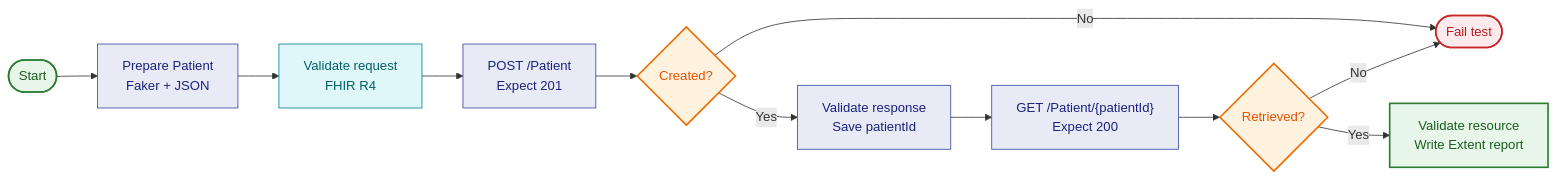
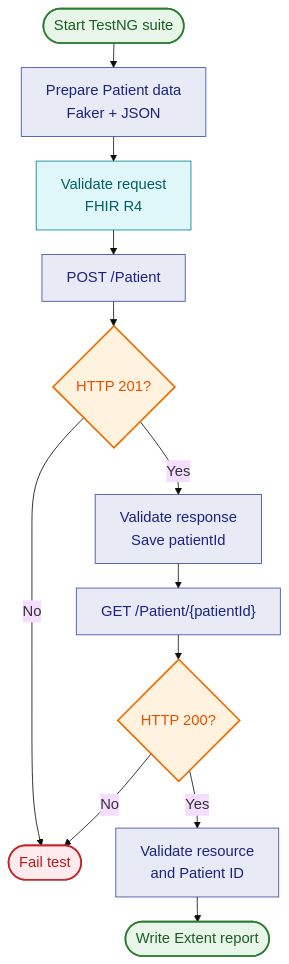
The diagram in README.md (Sameer-Programmer/2026_RestassuredWorkFlowDemo_FHIR), drawn with Mermaid before and after one commit.

Commit message:
docs: enlarge vertical workflow diagram

````diff
--- a/README.md
+++ b/README.md
@@ -75,26 +75,28 @@
 ```mermaid
-flowchart LR
-    A([Start]) --> B["Prepare Patient<br/>Faker + JSON"]
+%%{init: {"theme": "base", "themeVariables": {"fontSize": "18px"}, "flowchart": {"nodeSpacing": 24, "rankSpacing": 30}}}%%
+flowchart TD
+    A([Start TestNG suite]) --> B["Prepare Patient data<br/>Faker + JSON"]
     B --> C["Validate request<br/>FHIR R4"]
-    C --> D["POST /Patient<br/>Expect 201"]
-    D --> E{Created?}
+    C --> D["POST /Patient"]
+    D --> E{HTTP 201?}
     E -- No --> X([Fail test])
     E -- Yes --> F["Validate response<br/>Save patientId"]
-    F --> G["GET /Patient/{patientId}<br/>Expect 200"]
-    G --> H{Retrieved?}
+    F --> G["GET /Patient/{patientId}"]
+    G --> H{HTTP 200?}
     H -- No --> X
-    H -- Yes --> I["Validate resource<br/>Write Extent report"]
+    H -- Yes --> I["Validate resource<br/>and Patient ID"]
+    I --> J([Write Extent report])
 
     classDef start fill:#E8F5E9,stroke:#2E7D32,color:#1B5E20,stroke-width:2px;
     classDef action fill:#E8EAF6,stroke:#3949AB,color:#1A237E;
     classDef validation fill:#E0F7FA,stroke:#00838F,color:#006064;
     classDef decision fill:#FFF3E0,stroke:#EF6C00,color:#E65100,stroke-width:2px;
     classDef fail fill:#FFEBEE,stroke:#C62828,color:#B71C1C,stroke-width:2px;
     classDef store fill:#F3E5F5,stroke:#8E24AA,color:#4A148C;
 
-    class A,I start;
-    class B,D,F,G action;
+    class A,J start;
+    class B,D,F,G,I action;
     class C validation;
     class E,H decision;
     class X fail;
 ```
````
